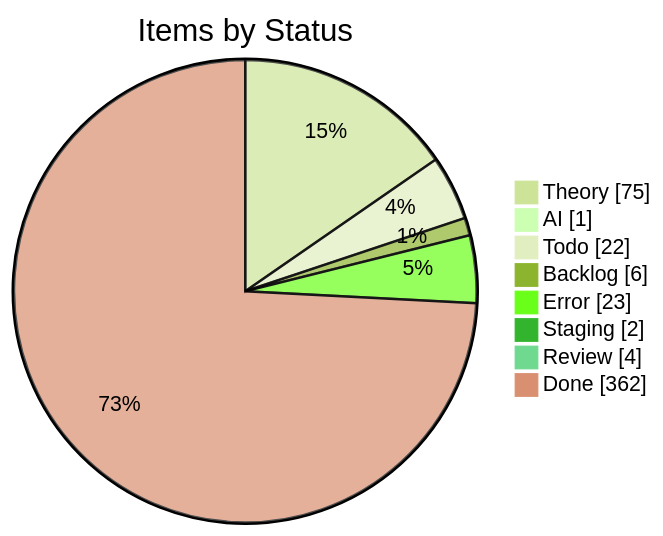
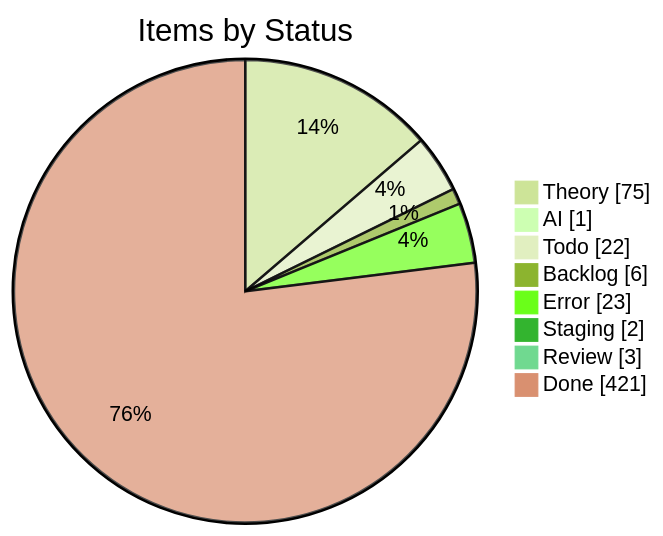
Before and after one commit to KBVE/kbve: the first of 4 diagrams in apps/kbve/astro-kbve/src/content/docs/dashboard/kanban-data.mdx, drawn with Mermaid (forest theme). The commit also changed other lines of this file and 2 other files, not shown here.

````diff
--- a/apps/kbve/astro-kbve/src/content/docs/dashboard/kanban-data.mdx
+++ b/apps/kbve/astro-kbve/src/content/docs/dashboard/kanban-data.mdx
@@ -189,12 +189,12 @@
 ```mermaid
 pie showData
     title Items by Status
     "Theory" : 75
     "AI" : 1
     "Todo" : 22
     "Backlog" : 6
     "Error" : 23
     "Staging" : 2
-    "Review" : 4
-    "Done" : 362
+    "Review" : 3
+    "Done" : 421
 ```
````
